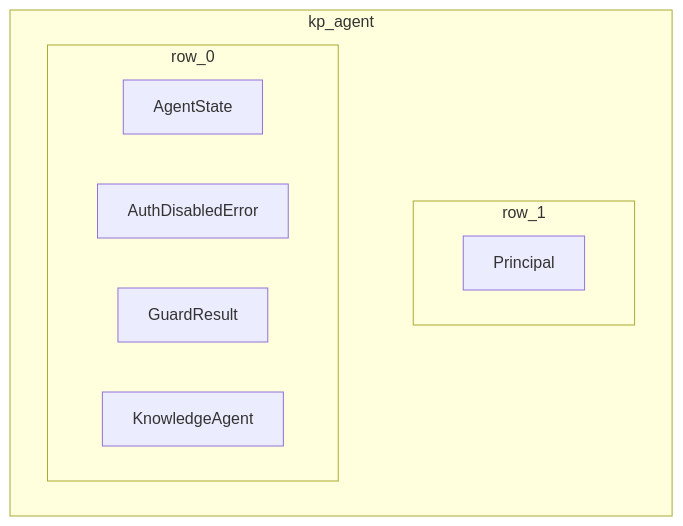
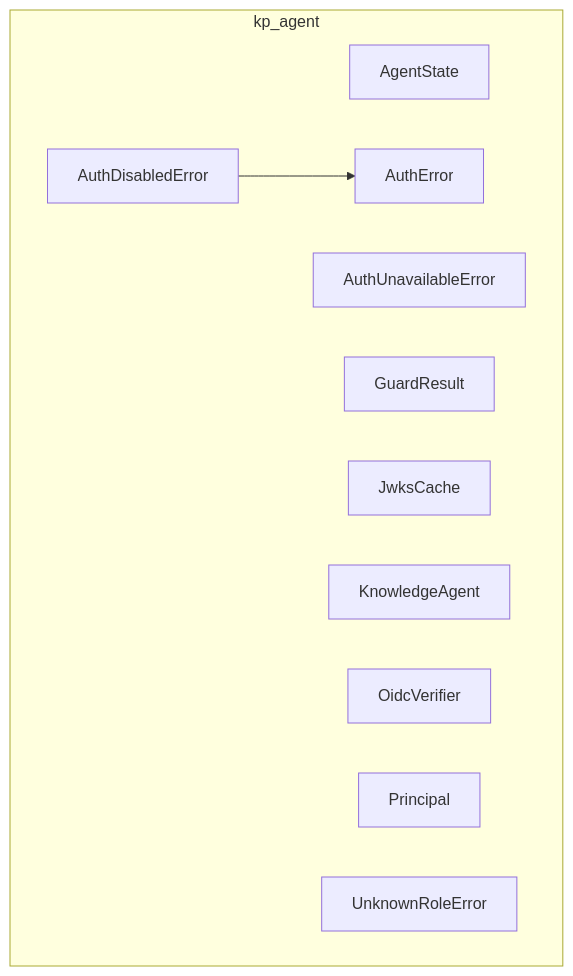
One commit to YuesIt17/yuit-docs-ai-architect-platform changed the diagram in architecture/diagrams/sources/gen/python-classes-agent.mmd. Above: the diagram before and after it, drawn with Mermaid. The commit also changed 24 other files, not shown here.

First line of the commit message:
docs: add ADR-010 for real login and rebuild the diagrams

```diff
--- a/architecture/diagrams/sources/gen/python-classes-agent.mmd
+++ b/architecture/diagrams/sources/gen/python-classes-agent.mmd
@@ -1,16 +1,15 @@
 %% converted: classDiagram -> flowchart for editor preview
 flowchart TB
   subgraph kp_agent [kp_agent]
-    subgraph row_0 [row_0]
-      direction LR
-      AgentState[AgentState]
-      AuthDisabledError[AuthDisabledError]
-      GuardResult[GuardResult]
-      KnowledgeAgent[KnowledgeAgent]
-    end
-    subgraph row_1 [row_1]
-      direction LR
-      Principal[Principal]
-    end
+    AgentState[AgentState]
+    AuthDisabledError[AuthDisabledError]
+    AuthError[AuthError]
+    AuthUnavailableError[AuthUnavailableError]
+    GuardResult[GuardResult]
+    JwksCache[JwksCache]
+    KnowledgeAgent[KnowledgeAgent]
+    OidcVerifier[OidcVerifier]
+    Principal[Principal]
+    UnknownRoleError[UnknownRoleError]
   end
-  row_0 ~~~ row_1
+  AuthDisabledError --> AuthError
```
